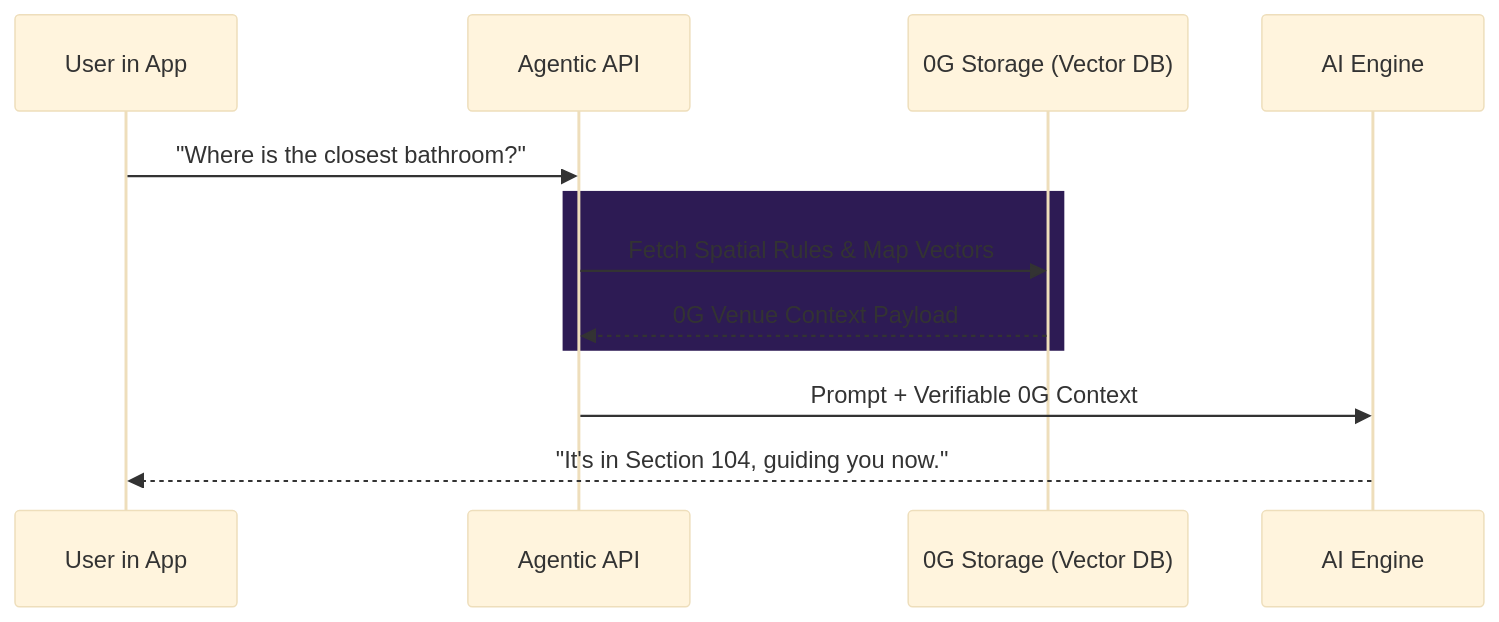
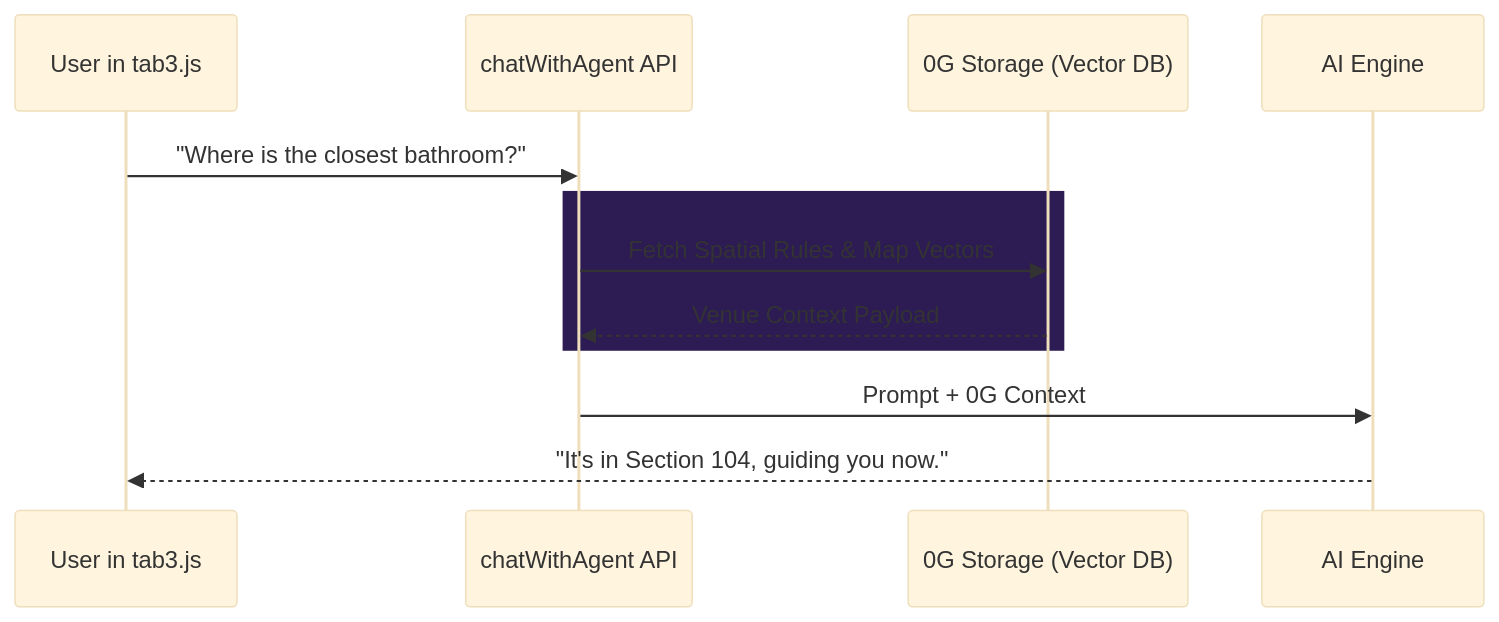
The third of 6 diagrams in README.md (EddOliver/Effisend0G), drawn with Mermaid (base theme) before and after one commit. The commit also changed other lines of this file, not shown here.

````diff
--- a/README.md
+++ b/README.md
@@ -57,15 +75,15 @@
 ```mermaid
 sequenceDiagram
-    participant User in App
-    participant API as Agentic API
+    participant User in tab3.js
+    participant API as chatWithAgent API
     participant 0G_Storage as 0G Storage (Vector DB)
     participant LLM as AI Engine
     
-    User in App->>API: "Where is the closest bathroom?"
+    User in tab3.js->>API: "Where is the closest bathroom?"
     rect rgb(45, 27, 84)
     API->>0G_Storage: Fetch Spatial Rules & Map Vectors
-    0G_Storage-->>API: 0G Venue Context Payload
+    0G_Storage-->>API: Venue Context Payload
     end
-    API->>LLM: Prompt + Verifiable 0G Context
-    LLM-->>User in App: "It's in Section 104, guiding you now."
+    API->>LLM: Prompt + 0G Context
+    LLM-->>User in tab3.js: "It's in Section 104, guiding you now."
 ```
````
